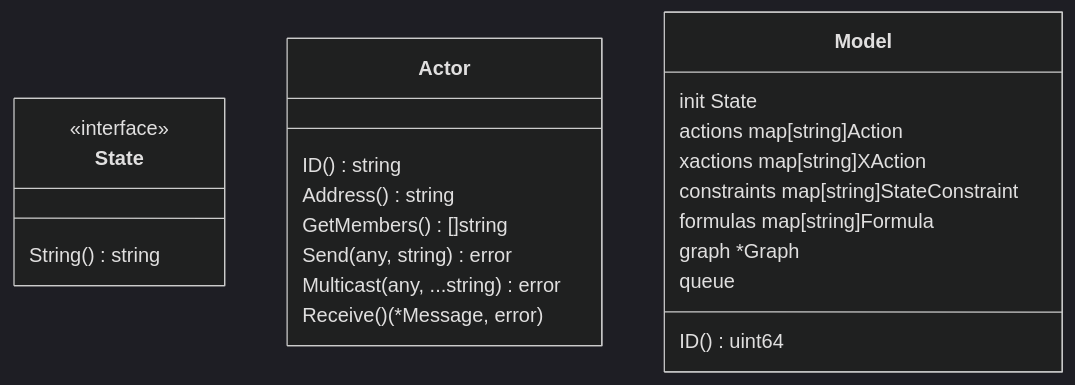
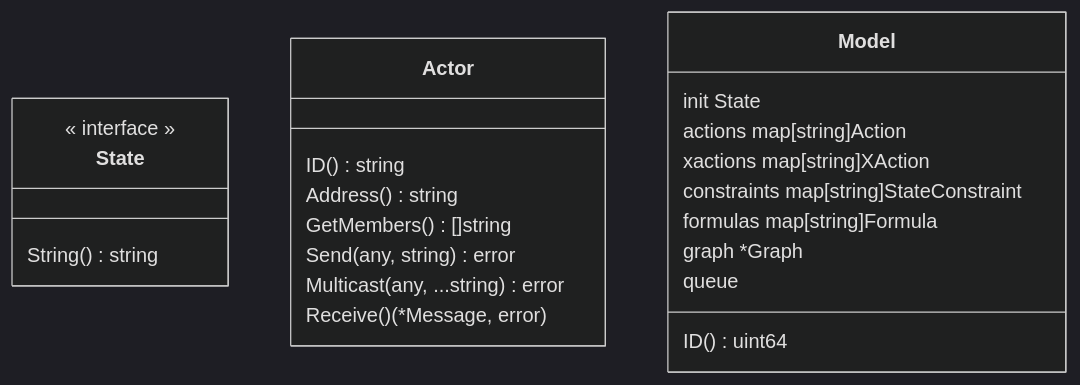
The second of 2 diagrams in content/docs/model checker.md (ailidani/principia), drawn with Mermaid before and after one commit. The commit also changed other lines of this file, not shown here.

```diff
--- a/content/docs/model checker.md
+++ b/content/docs/model checker.md
@@ -140,30 +142,30 @@
 {{< mermaid >}}
 %%{init: {'theme':'dark'}}%%
 classDiagram
 
 class State {
-    <<interface>>
+    << interface >>
     String() string
 }
 
 class Actor {
     ID() string
     Address() string
     GetMembers() []string
     Send(any, string) error
     Multicast(any, ...string) error
     Receive() (*Message, error)
 }
 
 class Model {
     init State
     actions map[string]Action
     xactions map[string]XAction
     constraints map[string]StateConstraint
     formulas map[string]Formula
     graph *Graph
     queue
 
     ID() uint64
 }
 {{< /mermaid >}}
```
